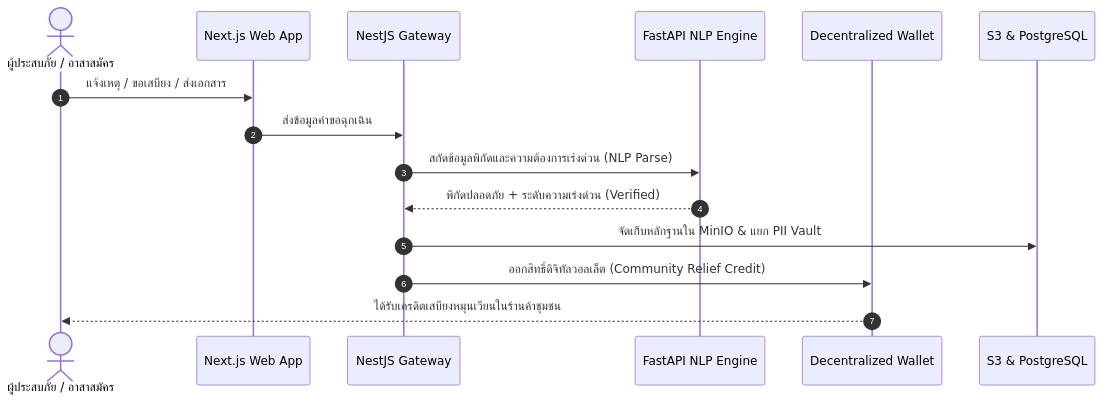
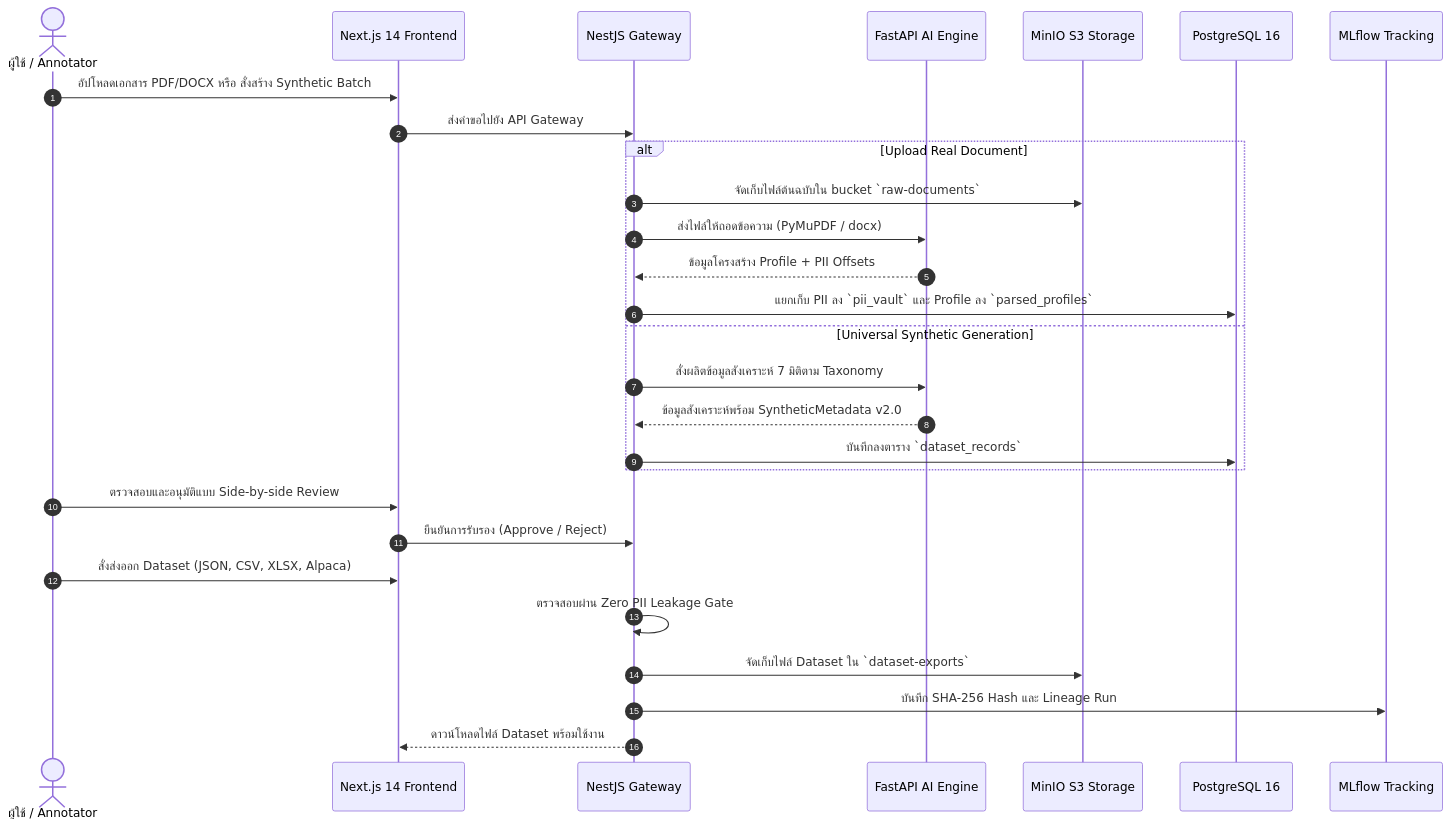
One commit to Phoomss/interviewx-datahub changed the second of 2 diagrams in README.md. Above: the diagram before and after it, drawn with Mermaid. The commit also changed other lines of this file, not shown here.

Commit message:
docs: clean up README to focus strictly on InterviewX DataHub system architecture

````diff
--- a/README.md
+++ b/README.md
@@ -82,18 +82,31 @@
 ```mermaid
 sequenceDiagram
     autonumber
-    actor User as ผู้ประสบภัย / อาสาสมัคร
-    participant App as Next.js Web App
+    actor User as ผู้ใช้ / Annotator
+    participant Web as Next.js 14 Frontend
     participant Core as NestJS Gateway
-    participant AI as FastAPI NLP Engine
-    participant Wallet as Decentralized Wallet
-    participant Store as S3 & PostgreSQL
+    participant AI as FastAPI AI Engine
+    participant S3 as MinIO S3 Storage
+    participant DB as PostgreSQL 16
+    participant ML as MLflow Tracking
 
-    User->>App: แจ้งเหตุ / ขอเสบียง / ส่งเอกสาร
-    App->>Core: ส่งข้อมูลคำขอฉุกเฉิน
-    Core->>AI: สกัดข้อมูลพิกัดและความต้องการเร่งด่วน (NLP Parse)
-    AI-->>Core: พิกัดปลอดภัย + ระดับความเร่งด่วน (Verified)
-    Core->>Store: จัดเก็บหลักฐานใน MinIO & แยก PII Vault
-    Core->>Wallet: ออกสิทธิ์ดิจิทัลวอลเล็ต (Community Relief Credit)
-    Wallet-->>User: ได้รับเครดิตเสบียงหมุนเวียนในร้านค้าชุมชน
+    User->>Web: อัปโหลดเอกสาร PDF/DOCX หรือ สั่งสร้าง Synthetic Batch
+    Web->>Core: ส่งคำขอไปยัง API Gateway
+    alt Upload Real Document
+        Core->>S3: จัดเก็บไฟล์ต้นฉบับใน bucket `raw-documents`
+        Core->>AI: ส่งไฟล์ให้ถอดข้อความ (PyMuPDF / docx)
+        AI-->>Core: ข้อมูลโครงสร้าง Profile + PII Offsets
+        Core->>DB: แยกเก็บ PII ลง `pii_vault` และ Profile ลง `parsed_profiles`
+    else Universal Synthetic Generation
+        Core->>AI: สั่งผลิตข้อมูลสังเคราะห์ 7 มิติตาม Taxonomy
+        AI-->>Core: ข้อมูลสังเคราะห์พร้อม SyntheticMetadata v2.0
+        Core->>DB: บันทึกลงตาราง `dataset_records`
+    end
+    User->>Web: ตรวจสอบและอนุมัติแบบ Side-by-side Review
+    Web->>Core: ยืนยันการรับรอง (Approve / Reject)
+    User->>Web: สั่งส่งออก Dataset (JSON, CSV, XLSX, Alpaca)
+    Core->>Core: ตรวจสอบผ่าน Zero PII Leakage Gate
+    Core->>S3: จัดเก็บไฟล์ Dataset ใน `dataset-exports`
+    Core->>ML: บันทึก SHA-256 Hash และ Lineage Run
+    Core-->>Web: ดาวน์โหลดไฟล์ Dataset พร้อมใช้งาน
 ```
````
